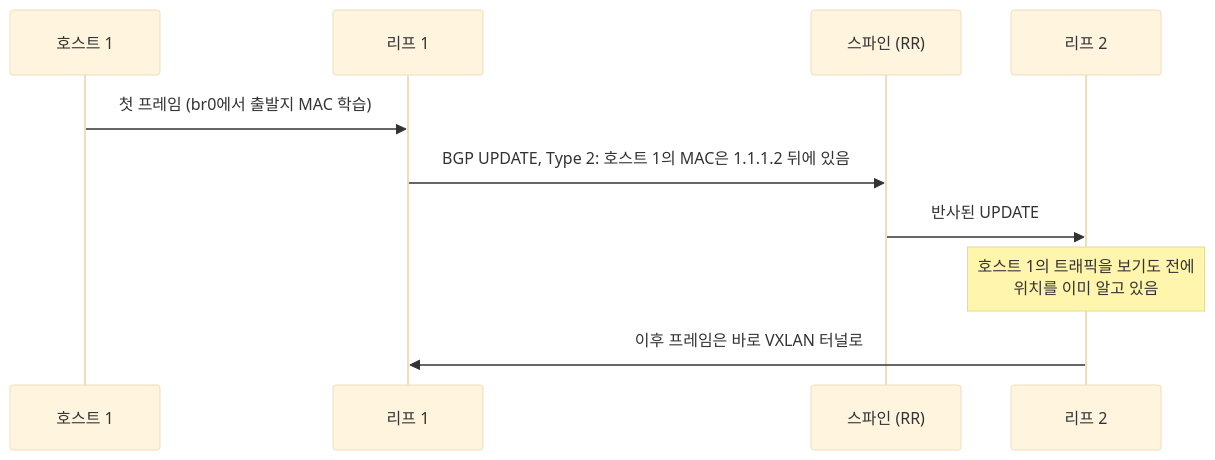
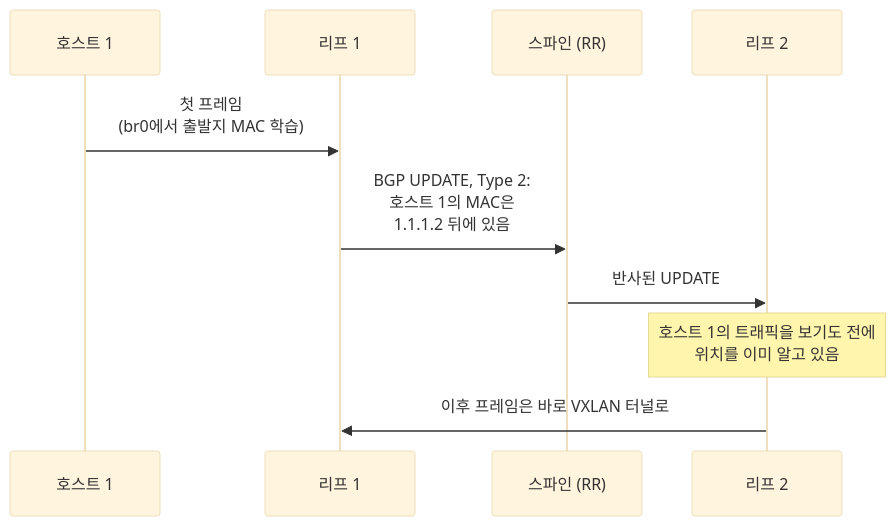
The second of 2 diagrams in content/posts/42/2025-05-15-badass-bgp-evpn-vxlan/ko.md (PfClaKr/pfclakr.github.io), drawn with Mermaid (base theme) before and after one commit. The commit also changed 16 other files, not shown here.

Commit message:
fix: keep mermaid diagrams readable on small screens

````diff
--- a/content/posts/42/2025-05-15-badass-bgp-evpn-vxlan/ko.md
+++ b/content/posts/42/2025-05-15-badass-bgp-evpn-vxlan/ko.md
@@ -141,12 +141,12 @@
 ```mermaid
 sequenceDiagram
     participant H1 as 호스트 1
     participant L1 as 리프 1
     participant RR as 스파인 (RR)
     participant L2 as 리프 2
-    H1->>L1: 첫 프레임 (br0에서 출발지 MAC 학습)
-    L1->>RR: BGP UPDATE, Type 2: 호스트 1의 MAC은 1.1.1.2 뒤에 있음
+    H1->>L1: 첫 프레임<br/>(br0에서 출발지 MAC 학습)
+    L1->>RR: BGP UPDATE, Type 2:<br/>호스트 1의 MAC은<br/>1.1.1.2 뒤에 있음
     RR->>L2: 반사된 UPDATE
     Note over L2: 호스트 1의 트래픽을 보기도 전에<br/>위치를 이미 알고 있음
     L2->>L1: 이후 프레임은 바로 VXLAN 터널로
 ```
````
